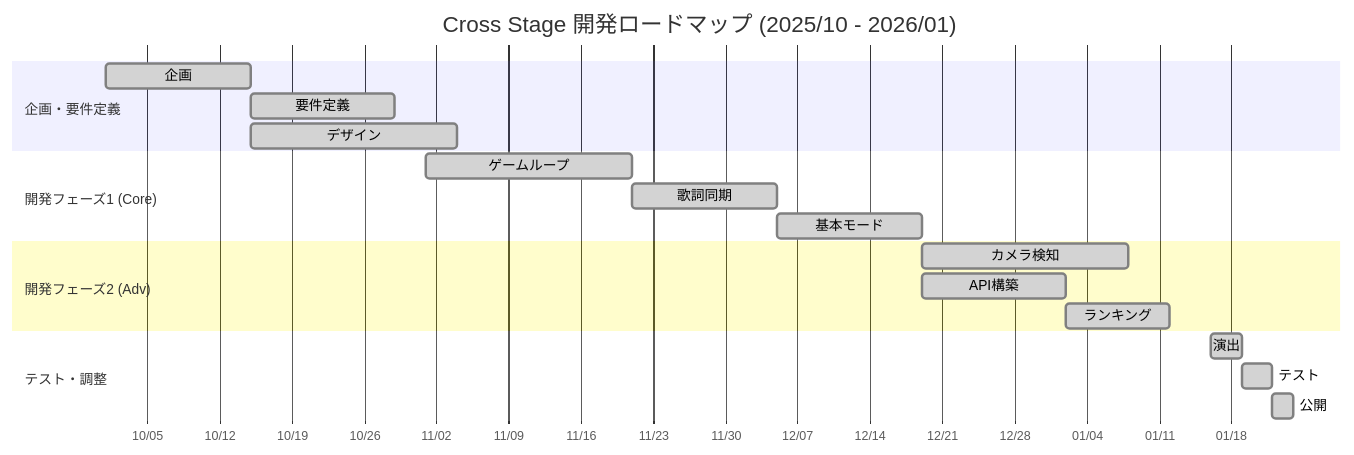
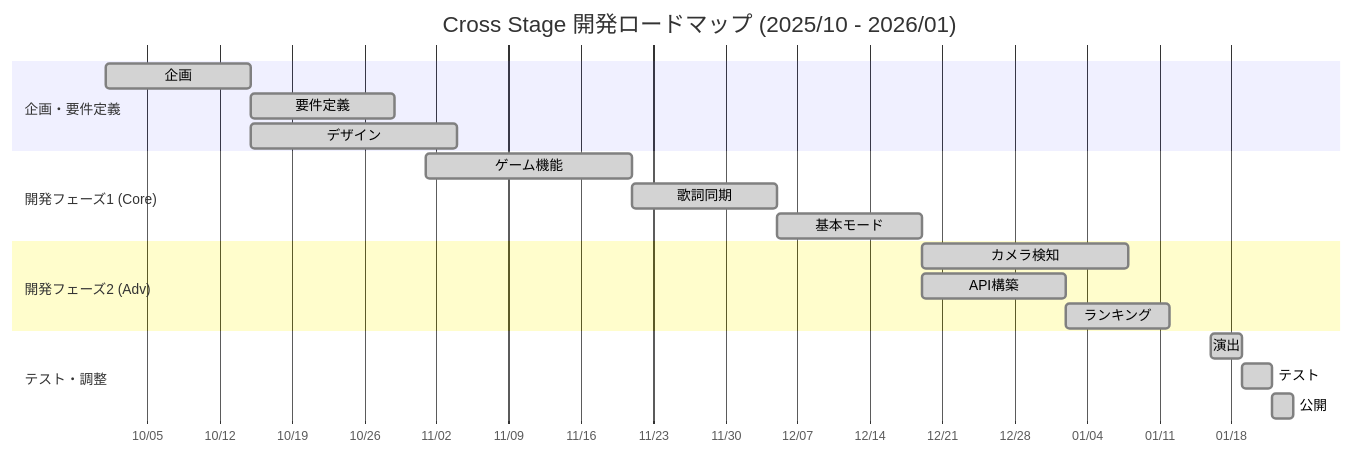
One commit to syusyusyusyu/star changed the sixth of 9 diagrams in README.md. Above: the diagram before and after it, drawn with Mermaid.

Commit message:
fix: 開発フェーズ1のタスク名を「ゲームループ」から「ゲーム機能」に変更

````diff
--- a/README.md
+++ b/README.md
@@ -193,26 +193,26 @@
 ```mermaid
 gantt
     title Cross Stage 開発ロードマップ (2025/10 - 2026/01)
     dateFormat  YYYY-MM-DD
     axisFormat %m/%d
     
     section 企画・要件定義
     企画               :done, a1, 2025-10-01, 14d
     要件定義           :done, a2, after a1, 14d
     デザイン           :done, a3, after a1, 20d
     
     section 開発フェーズ1 (Core)
-    ゲームループ       :done, b1, 2025-11-01, 20d
+    ゲーム機能       :done, b1, 2025-11-01, 20d
     歌詞同期           :done, b2, after b1, 14d
     基本モード         :done, b3, after b2, 14d
     
     section 開発フェーズ2 (Adv)
     カメラ検知         :done, c1, after b3, 20d
     API構築            :done, c2, after b3, 14d
     ランキング         :done, c3, after c2, 10d
     
     section テスト・調整
     演出               :done, d1, 2026-01-16, 3d
     テスト             :done, d2, after d1, 3d
     公開               :done, d3, after d2, 2d
 ```
````
